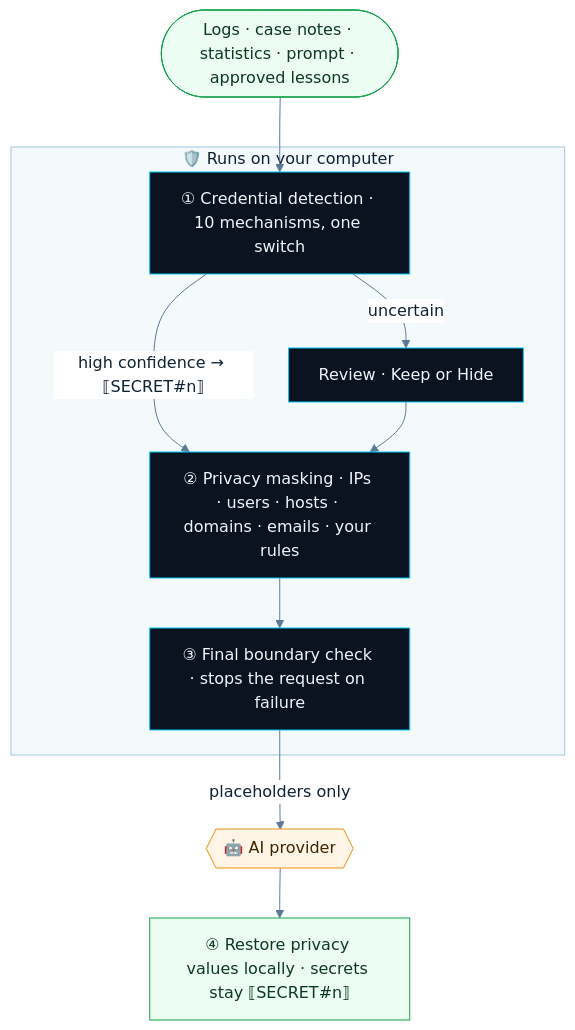
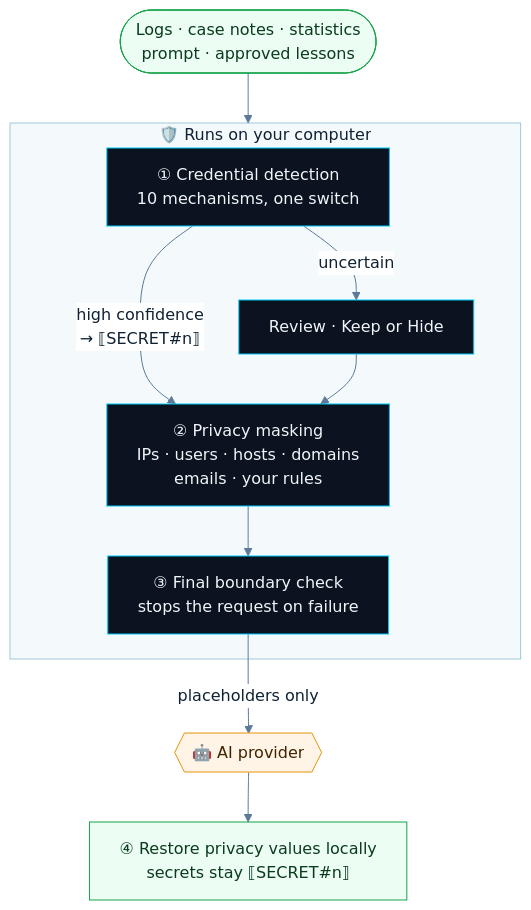
The third of 3 diagrams in README.md (aymenmarjan/veilux-soc-assistant), drawn with Mermaid before and after one commit. The commit also changed other lines of this file, not shown here.

Commit message:
Update mermaid diagrams for improved clarity

````diff
--- a/README.md
+++ b/README.md
@@ -375,20 +375,21 @@
 ```mermaid
-%%{init: {"theme":"base","themeVariables":{"primaryColor":"#E6F7FD","primaryBorderColor":"#0C7AA6","primaryTextColor":"#0F2233","lineColor":"#5B7A99","clusterBkg":"#F4F9FC","clusterBorder":"#9FC9DC","titleColor":"#0F2233","edgeLabelBackground":"#FFFFFF"}}}%%
+%%{init: {"theme":"base","themeVariables":{"primaryColor":"#E6F7FD","primaryBorderColor":"#0C7AA6","primaryTextColor":"#0F2233","lineColor":"#5B7A99","clusterBkg":"#F4F9FC","clusterBorder":"#9FC9DC","titleColor":"#0F2233","edgeLabelBackground":"#FFFFFF"},"flowchart":{"wrappingWidth":320}}}%%
 flowchart TD
-    IN(["Logs · case notes · statistics · prompt · approved lessons"]) --> SEC
+    %% The arrow ends at the group, so it does not cross the group's title.
+    IN(["Logs · case notes · statistics<br/>prompt · approved lessons"]) --> LOCAL
     subgraph LOCAL["🛡️ Runs on your computer"]
-        SEC["① Credential detection · 10 mechanisms, one switch"] -- "high confidence → ⟦SECRET#n⟧" --> PRIV
+        SEC["① Credential detection<br/>10 mechanisms, one switch"] -- "high confidence<br/>→ ⟦SECRET#n⟧" --> PRIV
         SEC -- "uncertain" --> REV["Review · Keep or Hide"]
-        REV --> PRIV["② Privacy masking · IPs · users · hosts · domains · emails · your rules"]
-        PRIV --> FIN["③ Final boundary check · stops the request on failure"]
+        REV --> PRIV["② Privacy masking<br/>IPs · users · hosts · domains<br/>emails · your rules"]
+        PRIV --> FIN["③ Final boundary check<br/>stops the request on failure"]
     end
     FIN -- "placeholders only" --> AI{{"🤖 AI provider"}}
-    AI --> RESTORE["④ Restore privacy values locally · secrets stay ⟦SECRET#n⟧"]
+    AI --> RESTORE["④ Restore privacy values locally<br/>secrets stay ⟦SECRET#n⟧"]
 
     classDef safe fill:#0B1220,stroke:#00C8F8,color:#F1F5F9
     classDef ext fill:#FFF4E5,stroke:#E8920C,color:#3D2600
     classDef ok fill:#ECFDF3,stroke:#16A34A,color:#0B3B1E
     class SEC,REV,PRIV,FIN safe
     class AI ext
     class RESTORE,IN ok
 ```
````
